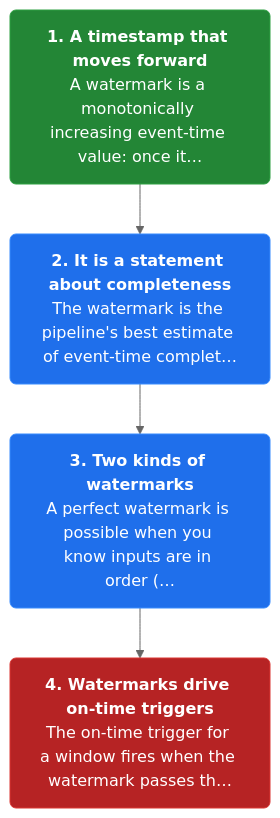
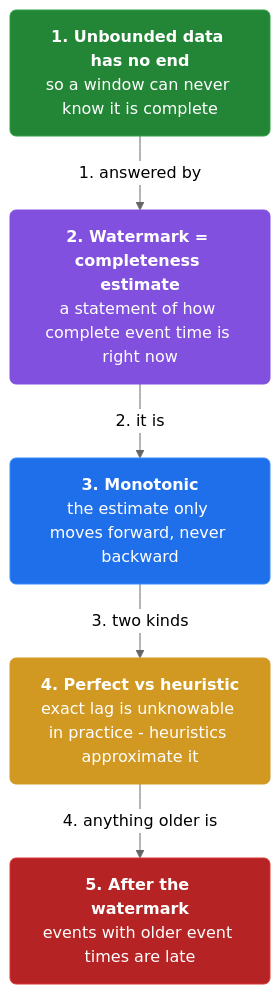
Before and after one commit to vinayakuber/streaming-systems-study-guide: the first of 19 diagrams in docs/ch03-watermarks.md, drawn with Mermaid (neutral theme). The commit also changed other lines of this file and 12 other files, not shown here.

First line of the commit message:
Author per-section and per-card mermaid diagrams (110 diagrams)

````diff
--- a/docs/ch03-watermarks.md
+++ b/docs/ch03-watermarks.md
@@ -13,13 +13,17 @@
 ```mermaid
 flowchart TD
-  classDef step fill:#1f6feb,color:#ffffff,stroke:#388bfd,stroke-width:1px,rx:6
+  classDef step fill:#1f6feb,color:#ffffff,stroke:#388bfd,rx:6
+  classDef core fill:#8250df,color:#ffffff,stroke:#8250df,rx:6
+  classDef warn fill:#d29922,color:#ffffff,stroke:#d29922,rx:6
   classDef start fill:#238636,color:#ffffff,stroke:#2ea043,rx:6
   classDef stop fill:#b62324,color:#ffffff,stroke:#da3633,rx:6
-  s0n0["<b>1. A timestamp that moves forward</b><br/>A watermark is a monotonically increasing event-time value: once it…"]:::start
-  s0n1["<b>2. It is a statement about completeness</b><br/>The watermark is the pipeline's best estimate of event-time complet…"]:::step
-  s0n2["<b>3. Two kinds of watermarks</b><br/>A perfect watermark is possible when you know inputs are in order (…"]:::step
-  s0n3["<b>4. Watermarks drive on-time triggers</b><br/>The on-time trigger for a window fires when the watermark passes th…"]:::stop
-  s0n0 --> s0n1
-  s0n1 --> s0n2
-  s0n2 --> s0n3
+  n0["<b>1. Unbounded data has no end</b><br/>so a window can never know it is complete"]:::start
+  n1["<b>2. Watermark = completeness estimate</b><br/>a statement of how complete event time is right now"]:::core
+  n2["<b>3. Monotonic</b><br/>the estimate only moves forward, never backward"]:::step
+  n3["<b>4. Perfect vs heuristic</b><br/>exact lag is unknowable in practice - heuristics approximate it"]:::warn
+  n4["<b>5. After the watermark</b><br/>events with older event times are late"]:::stop
+  n0 -->|"1. answered by"| n1
+  n1 -->|"2. it is"| n2
+  n2 -->|"3. two kinds"| n3
+  n3 -->|"4. anything older is"| n4
 ```
````
